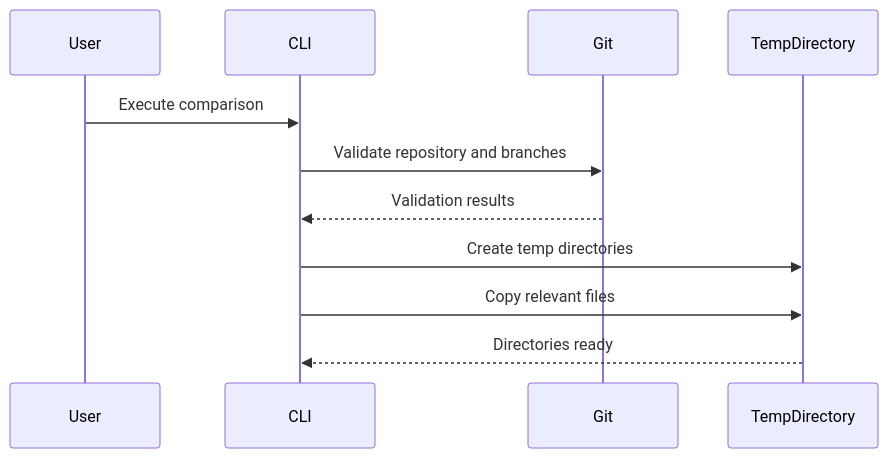
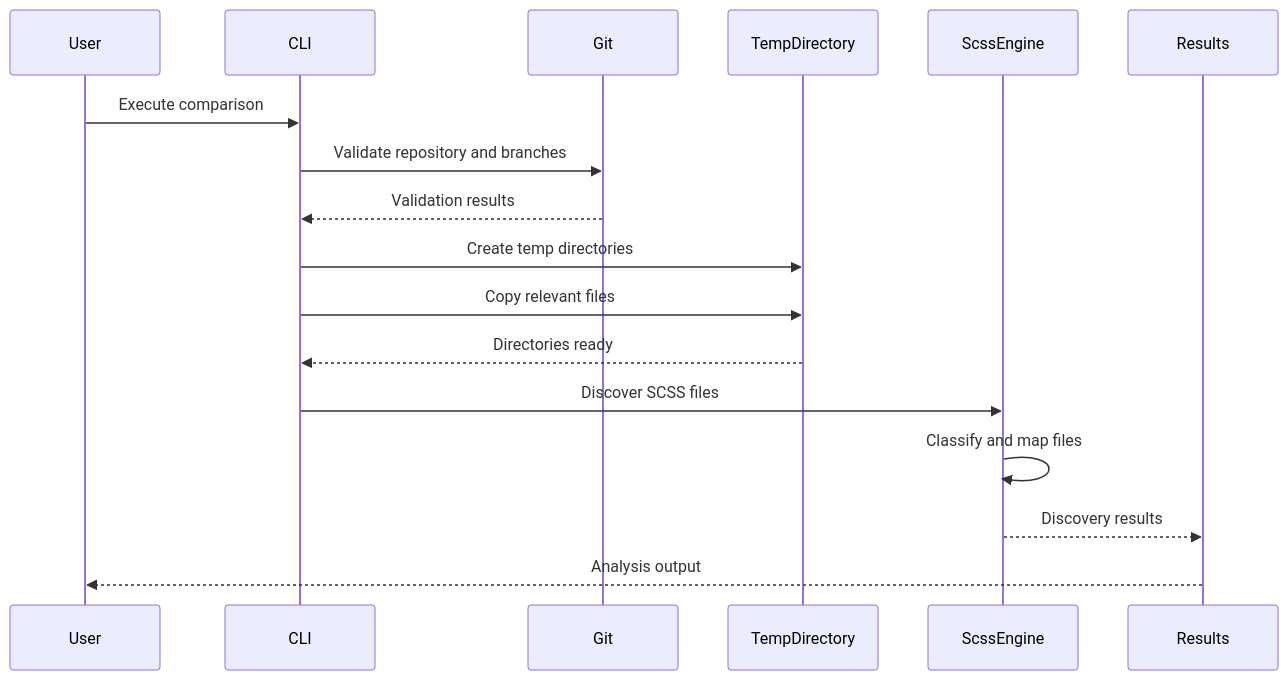
Before and after one commit to reachfrancis/nostyledrifting: the third of 3 diagrams in codebase_overview.md, drawn with Mermaid. The commit also changed other lines of this file, not shown here.

````diff
--- a/codebase_overview.md
+++ b/codebase_overview.md
@@ -118,14 +269,20 @@
 ```mermaid
 sequenceDiagram
     participant User
     participant CLI
     participant Git
     participant TempDirectory
+    participant ScssEngine
+    participant Results
 
     User->>CLI: Execute comparison
     CLI->>Git: Validate repository and branches
     Git-->>CLI: Validation results
     CLI->>TempDirectory: Create temp directories
     CLI->>TempDirectory: Copy relevant files
     TempDirectory-->>CLI: Directories ready
+    CLI->>ScssEngine: Discover SCSS files
+    ScssEngine->>ScssEngine: Classify and map files
+    ScssEngine-->>Results: Discovery results
+    Results-->>User: Analysis output
 ```
````
